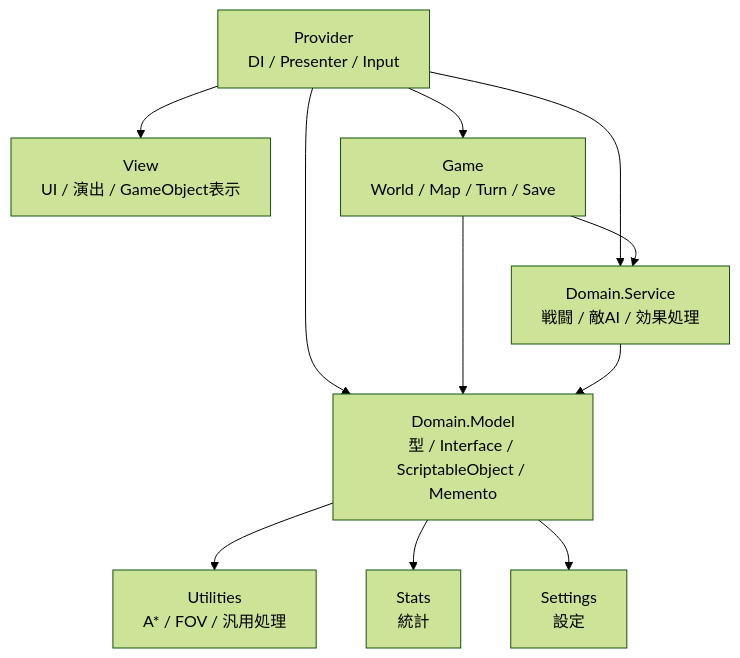
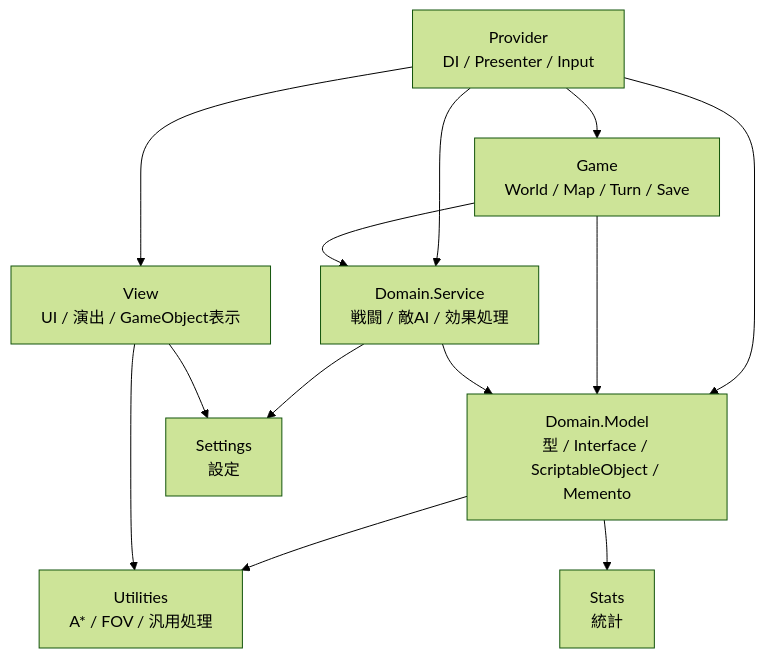
The first of 2 diagrams in docs/architecture.md (Torte3/Roguelike), drawn with Mermaid (forest theme) before and after one commit. The commit also changed other lines of this file and 2 other files, not shown here.

Commit message:
docs: Describe the WorldEvent architecture and the enemies' own sight and memory

````diff
--- a/docs/architecture.md
+++ b/docs/architecture.md
@@ -13,28 +13,31 @@
 ```mermaid
 flowchart TD
     Provider["Provider<br/>DI / Presenter / Input"]
 
     View["View<br/>UI / 演出 / GameObject表示"]
     Game["Game<br/>World / Map / Turn / Save"]
     Service["Domain.Service<br/>戦闘 / 敵AI / 効果処理"]
 
     Model["Domain.Model<br/>型 / Interface / ScriptableObject / Memento"]
 
     Utilities["Utilities<br/>A* / FOV / 汎用処理"]
     Stats["Stats<br/>統計"]
     Settings["Settings<br/>設定"]
 
     Provider --> View
     Provider --> Game
     Provider --> Service
     Provider --> Model
 
     Game --> Service
     Game --> Model
 
     Service --> Model
+    Service --> Settings
 
     Model --> Utilities
     Model --> Stats
-    Model --> Settings
+
+    View --> Settings
+    View --> Utilities
 ```
````
